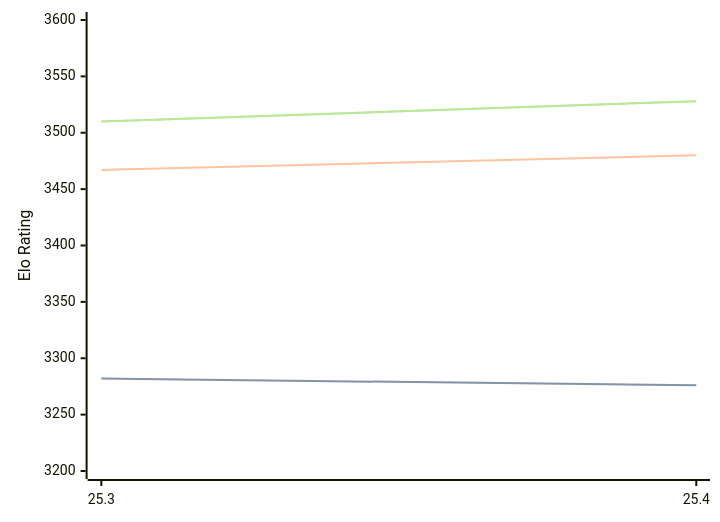
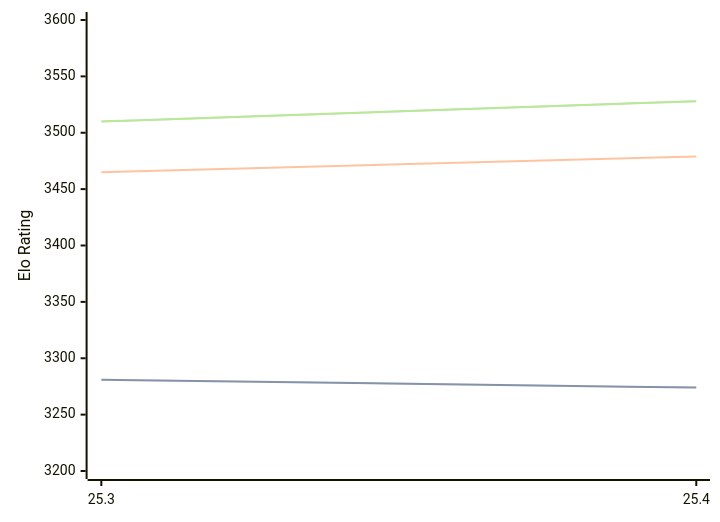
One commit to computer-chess-index/cci changed the diagram in engines/Arasan.md. Above: the diagram before and after it, drawn with Mermaid. The commit also changed other lines of this file, not shown here.

Commit message:
Update CCI Ratings (ELO VLTC) - 2026-04-21

````diff
--- a/engines/Arasan.md
+++ b/engines/Arasan.md
@@ -33,11 +33,11 @@
 ```mermaid
 %%{init: {"theme":"base","themeVariables":{"seriesColors:['#a3a3a3','#222221','#faa371']}}}%%
 xychart-beta
   x-axis ["25.3", "25.4"]
   y-axis "Elo Rating" 3200 --> 3600
-  line "STC (8.0+0.08s)" [3282, 3276]
-  line "STC (8.0+0.08s)" [3282, 3276]
-  line "LTC (60.0+0.60s)" [3467, 3480]
+  line "STC (8.0+0.08s)" [3281, 3274]
+  line "STC (8.0+0.08s)" [3281, 3274]
+  line "LTC (60.0+0.60s)" [3465, 3479]
   line "VLTC (2m24s+1.12s)" [3510, 3528]
   line "VLTC (2m24s+1.12s)" [3510, 3528]
 ```
````
